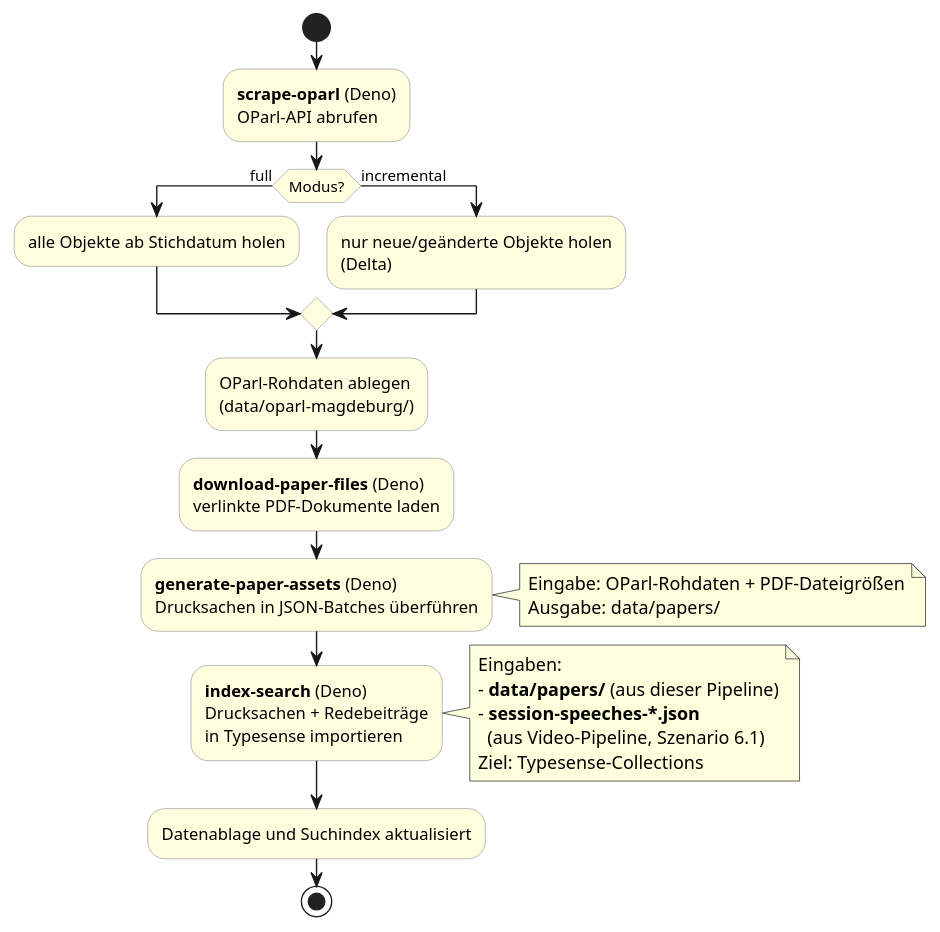
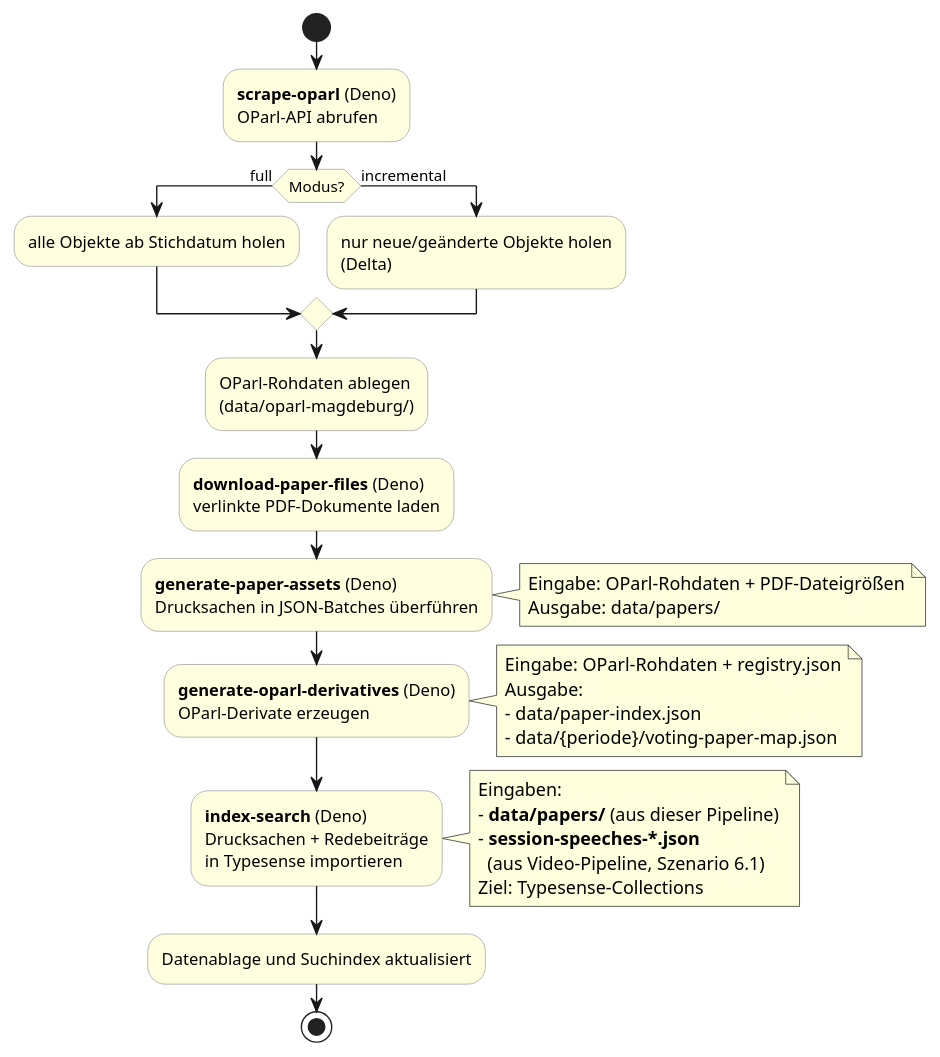
One commit to ungeschneuer/StadtratWatch-Leipzig changed the diagram in docs/arc42/06-laufzeitsicht/02-oparl-ingestion.adoc. Above: the diagram before and after it, drawn with PlantUML. The commit also changed other lines of this file and 45 other files, not shown here.

First line of the commit message:
437 oparl precompile derivate main (#445)

```diff
--- a/docs/arc42/06-laufzeitsicht/02-oparl-ingestion.adoc
+++ b/docs/arc42/06-laufzeitsicht/02-oparl-ingestion.adoc
@@ -23,37 +26,45 @@
 [plantuml,lz-oparl-ingestion,svg]
 ....
 @startuml
 skinparam shadowing false
 skinparam activity {
   BackgroundColor #lightyellow
   BorderColor #999999
 }
 
 start
 :**scrape-oparl** (Deno)\nOParl-API abrufen;
 if (Modus?) then (full)
   :alle Objekte ab Stichdatum holen;
 else (incremental)
   :nur neue/geänderte Objekte holen\n(Delta);
 endif
 :OParl-Rohdaten ablegen\n(data/oparl-magdeburg/);
 
 :**download-paper-files** (Deno)\nverlinkte PDF-Dokumente laden;
 :**generate-paper-assets** (Deno)\nDrucksachen in JSON-Batches überführen;
 note right
   Eingabe: OParl-Rohdaten + PDF-Dateigrößen
   Ausgabe: data/papers/
 end note
 
+:**generate-oparl-derivatives** (Deno)\nOParl-Derivate erzeugen;
+note right
+  Eingabe: OParl-Rohdaten + registry.json
+  Ausgabe:
+  - data/paper-index.json
+  - data/{periode}/voting-paper-map.json
+end note
+
 :**index-search** (Deno)\nDrucksachen + Redebeiträge\nin Typesense importieren;
 note right
   Eingaben:
   - **data/papers/** (aus dieser Pipeline)
   - **session-speeches-*.json**
     (aus Video-Pipeline, Szenario 6.1)
   Ziel: Typesense-Collections
 end note
 :Datenablage und Suchindex aktualisiert;
 stop
 @enduml
 ....
```
